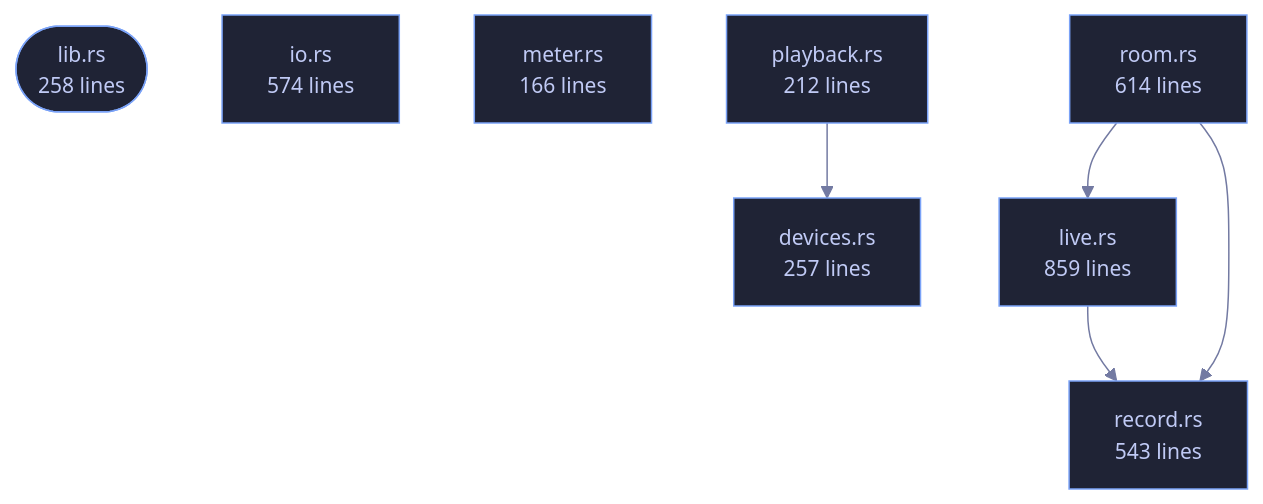
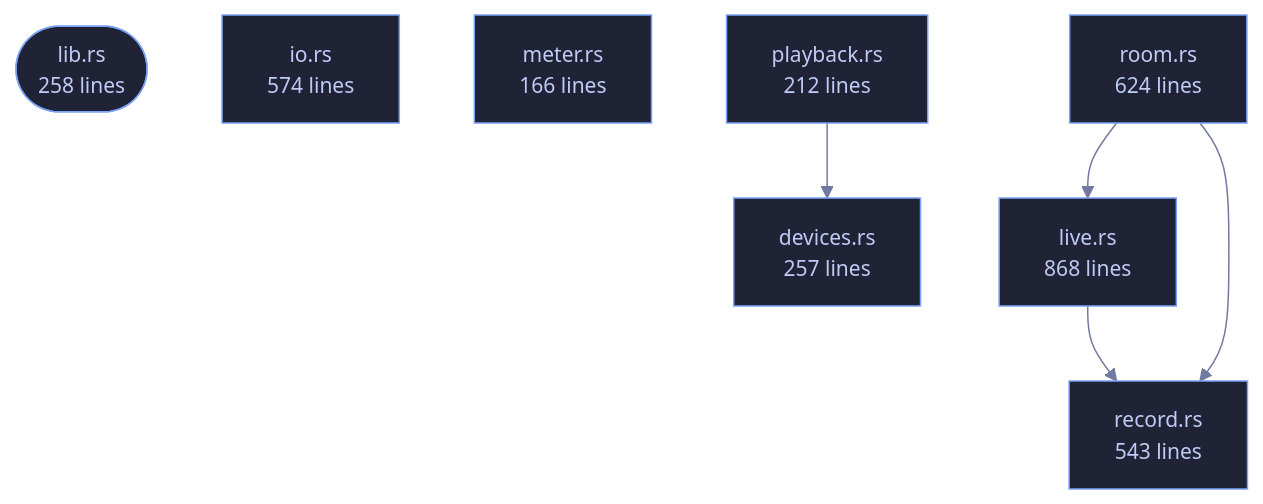
One commit to tilas01/veilvoice changed the diagram in crates/veilvoice-audio/README.md. Above: the diagram before and after it, drawn with Mermaid. The commit also changed other lines of this file and 130 other files, not shown here.

````diff
--- a/crates/veilvoice-audio/README.md
+++ b/crates/veilvoice-audio/README.md
@@ -80,24 +80,24 @@
 ```mermaid
 %%{init: {"theme":"base","themeVariables":{"background":"#1a1b26","primaryColor":"#1f2335","primaryTextColor":"#c0caf5","primaryBorderColor":"#7aa2f7","secondaryColor":"#16161e","tertiaryColor":"#16161e","lineColor":"#737aa2","textColor":"#c0caf5","mainBkg":"#1f2335","nodeBorder":"#7aa2f7","clusterBkg":"#16161e","clusterBorder":"#2f3549","fontFamily":"ui-monospace, SFMono-Regular, Consolas, monospace","fontSize":"14px"}}}%%
 flowchart TD
     n_lib(["lib.rs<br/>258 lines"])
     n_devices["devices.rs<br/>257 lines"]
     n_io["io.rs<br/>574 lines"]
-    n_live["live.rs<br/>859 lines"]
+    n_live["live.rs<br/>868 lines"]
     n_meter["meter.rs<br/>166 lines"]
     n_playback["playback.rs<br/>212 lines"]
     n_record["record.rs<br/>543 lines"]
-    n_room["room.rs<br/>614 lines"]
+    n_room["room.rs<br/>624 lines"]
     n_live --> n_record
     n_playback --> n_devices
     n_room --> n_live
     n_room --> n_record
     click n_lib href "https://github.com/tilas01/veilvoice/blob/main/crates/veilvoice-audio/src/lib.rs" "open the source"
     click n_devices href "https://github.com/tilas01/veilvoice/blob/main/crates/veilvoice-audio/src/devices.rs" "open the source"
     click n_io href "https://github.com/tilas01/veilvoice/blob/main/crates/veilvoice-audio/src/io.rs" "open the source"
     click n_live href "https://github.com/tilas01/veilvoice/blob/main/crates/veilvoice-audio/src/live.rs" "open the source"
     click n_meter href "https://github.com/tilas01/veilvoice/blob/main/crates/veilvoice-audio/src/meter.rs" "open the source"
     click n_playback href "https://github.com/tilas01/veilvoice/blob/main/crates/veilvoice-audio/src/playback.rs" "open the source"
     click n_record href "https://github.com/tilas01/veilvoice/blob/main/crates/veilvoice-audio/src/record.rs" "open the source"
     click n_room href "https://github.com/tilas01/veilvoice/blob/main/crates/veilvoice-audio/src/room.rs" "open the source"
 ```
````
